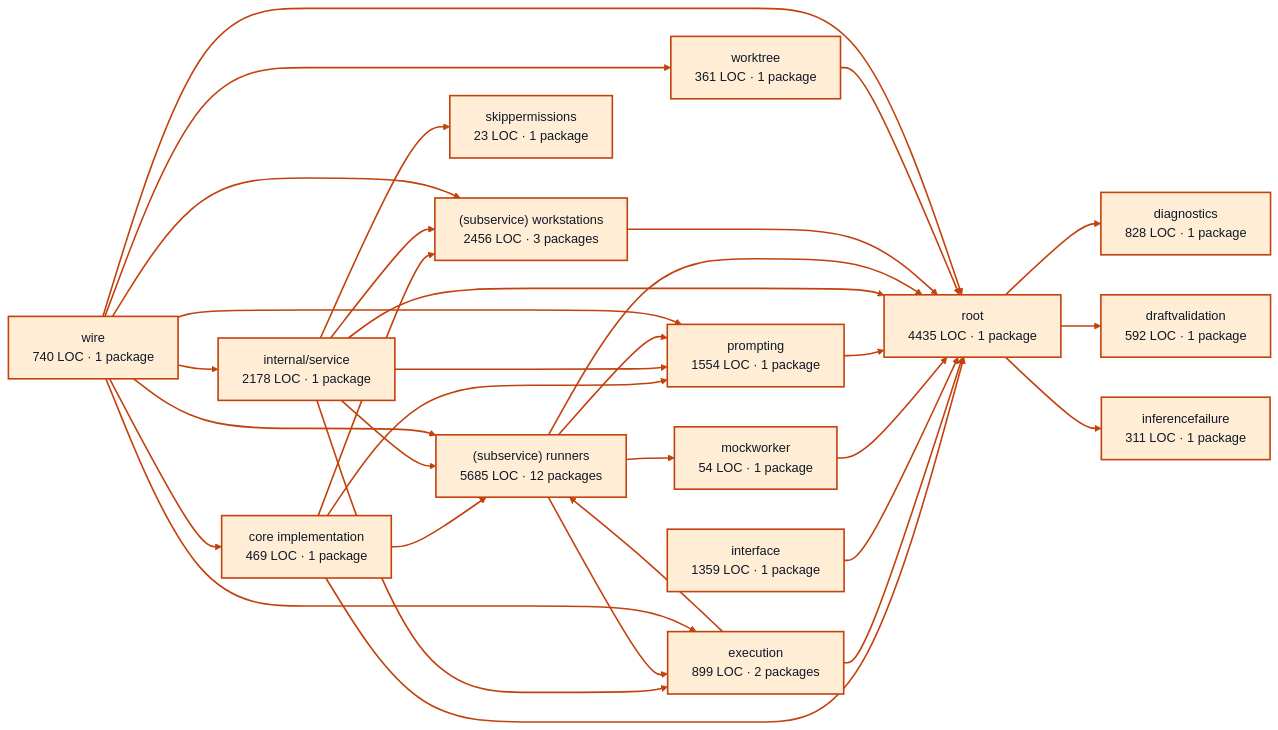
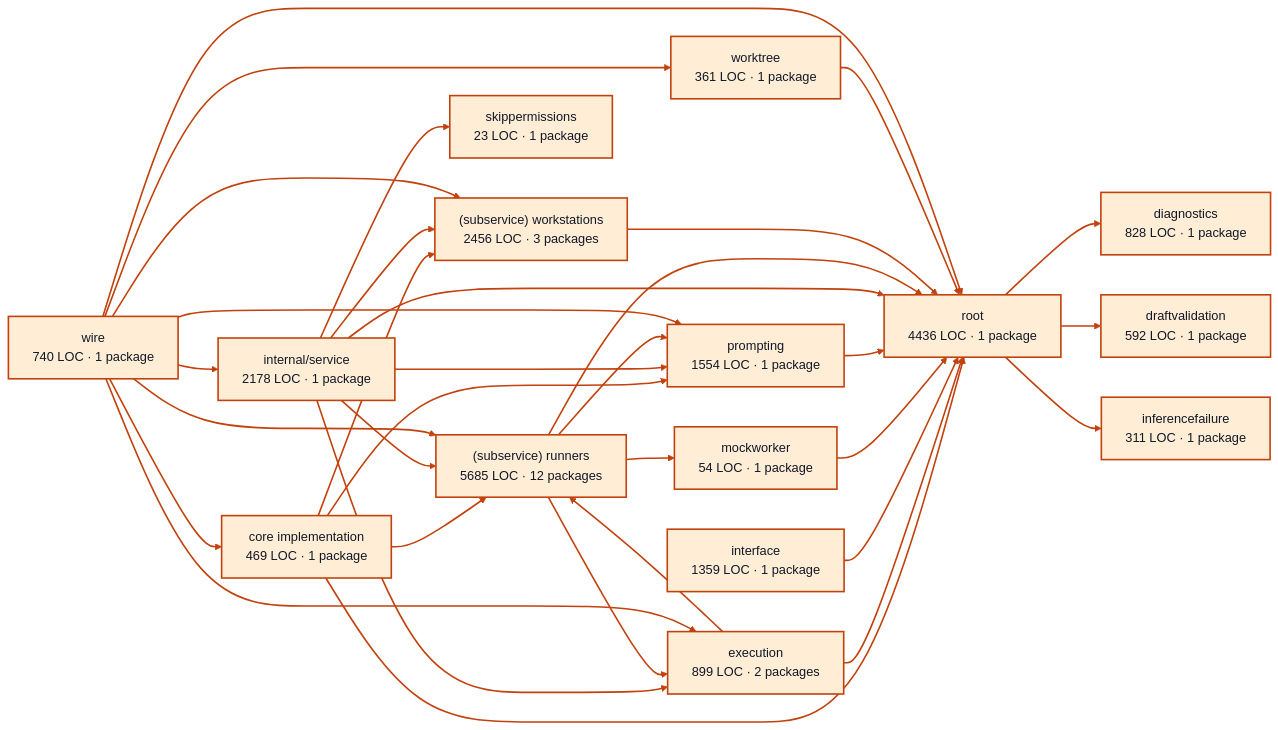
The diagram in docs/architecture/visualizations/services/workers.md (portpowered/you-agent-factory), drawn with Mermaid (forest theme) before and after one commit. The commit also changed other lines of this file and 20 other files, not shown here.

Commit message:
docs: refresh backend architecture visualizations

````diff
--- a/docs/architecture/visualizations/services/workers.md
+++ b/docs/architecture/visualizations/services/workers.md
@@ -11,66 +11,66 @@
 ```mermaid
 flowchart LR
   p0["core implementation<br/>469 LOC · 1 package"]
   p1["diagnostics<br/>828 LOC · 1 package"]
   p2["draftvalidation<br/>592 LOC · 1 package"]
   p3["execution<br/>899 LOC · 2 packages"]
   p4["inferencefailure<br/>311 LOC · 1 package"]
   p5["interface<br/>1359 LOC · 1 package"]
   p6["mockworker<br/>54 LOC · 1 package"]
   p7["prompting<br/>1554 LOC · 1 package"]
   p8["internal/service<br/>2178 LOC · 1 package"]
   p9["(subservice) runners<br/>5685 LOC · 12 packages"]
   p10["(subservice) workstations<br/>2456 LOC · 3 packages"]
   p11["skippermissions<br/>23 LOC · 1 package"]
   p12["worktree<br/>361 LOC · 1 package"]
-  p13["root<br/>4435 LOC · 1 package"]
+  p13["root<br/>4436 LOC · 1 package"]
   p14["wire<br/>740 LOC · 1 package"]
   p0 --> p7
   p0 --> p9
   p0 --> p10
   p0 --> p13
   p3 --> p9
   p3 --> p13
   p5 --> p13
   p6 --> p13
   p7 --> p13
   p8 --> p3
   p8 --> p7
   p8 --> p9
   p8 --> p10
   p8 --> p11
   p8 --> p13
   p9 --> p3
   p9 --> p6
   p9 --> p7
   p9 --> p13
   p10 --> p13
   p12 --> p13
   p13 --> p1
   p13 --> p2
   p13 --> p4
   p14 --> p0
   p14 --> p3
   p14 --> p7
   p14 --> p8
   p14 --> p9
   p14 --> p10
   p14 --> p12
   p14 --> p13
   style p0 fill:#ffedd5,stroke:#c2410c,stroke-width:2px,color:#111827
   style p1 fill:#ffedd5,stroke:#c2410c,stroke-width:2px,color:#111827
   style p2 fill:#ffedd5,stroke:#c2410c,stroke-width:2px,color:#111827
   style p3 fill:#ffedd5,stroke:#c2410c,stroke-width:2px,color:#111827
   style p4 fill:#ffedd5,stroke:#c2410c,stroke-width:2px,color:#111827
   style p5 fill:#ffedd5,stroke:#c2410c,stroke-width:2px,color:#111827
   style p6 fill:#ffedd5,stroke:#c2410c,stroke-width:2px,color:#111827
   style p7 fill:#ffedd5,stroke:#c2410c,stroke-width:2px,color:#111827
   style p8 fill:#ffedd5,stroke:#c2410c,stroke-width:2px,color:#111827
   style p9 fill:#ffedd5,stroke:#c2410c,stroke-width:2px,color:#111827
   style p10 fill:#ffedd5,stroke:#c2410c,stroke-width:2px,color:#111827
   style p11 fill:#ffedd5,stroke:#c2410c,stroke-width:2px,color:#111827
   style p12 fill:#ffedd5,stroke:#c2410c,stroke-width:2px,color:#111827
   style p13 fill:#ffedd5,stroke:#c2410c,stroke-width:2px,color:#111827
   style p14 fill:#ffedd5,stroke:#c2410c,stroke-width:2px,color:#111827
   linkStyle default stroke:#c2410c,stroke-width:2px
 ```
````
